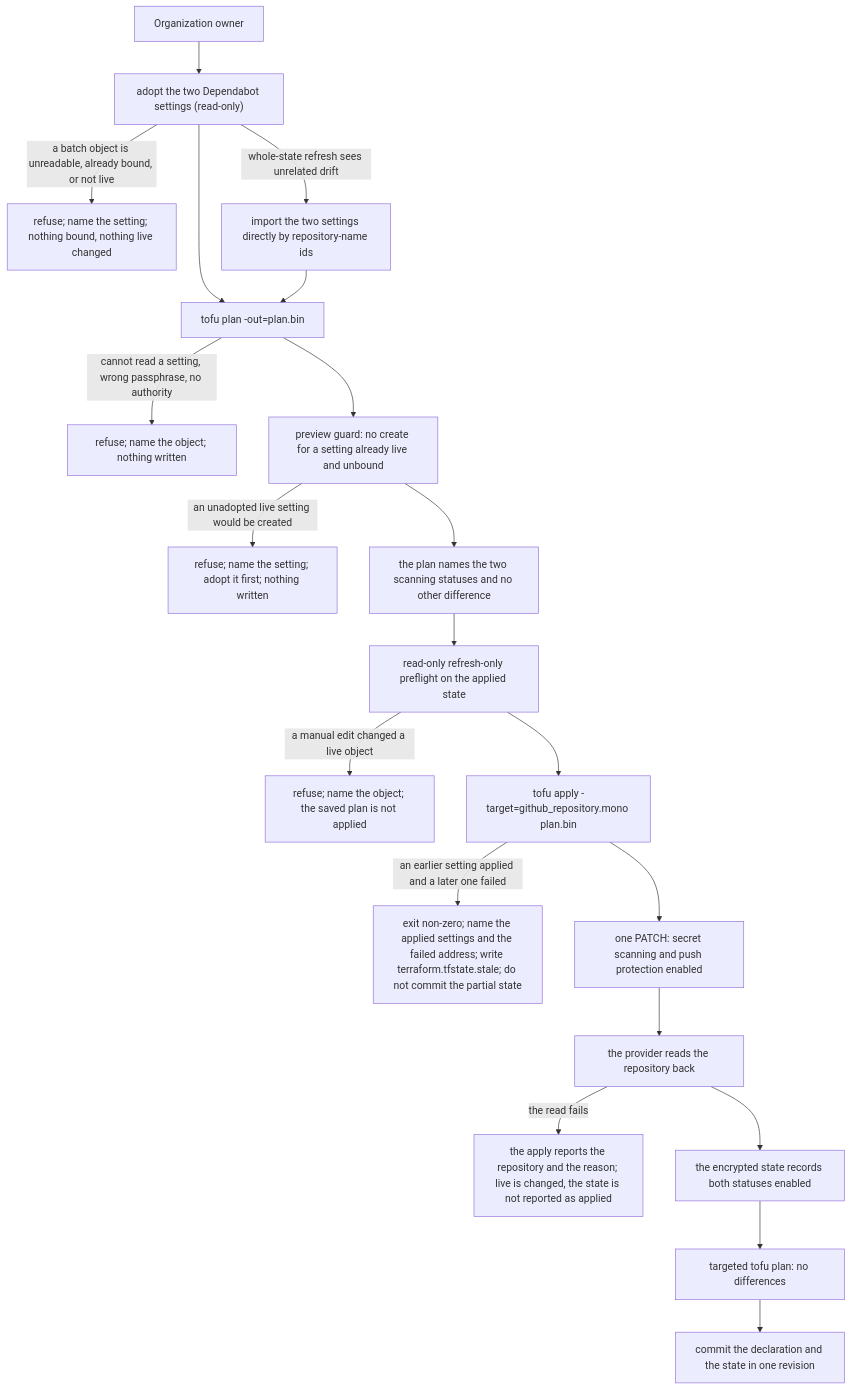
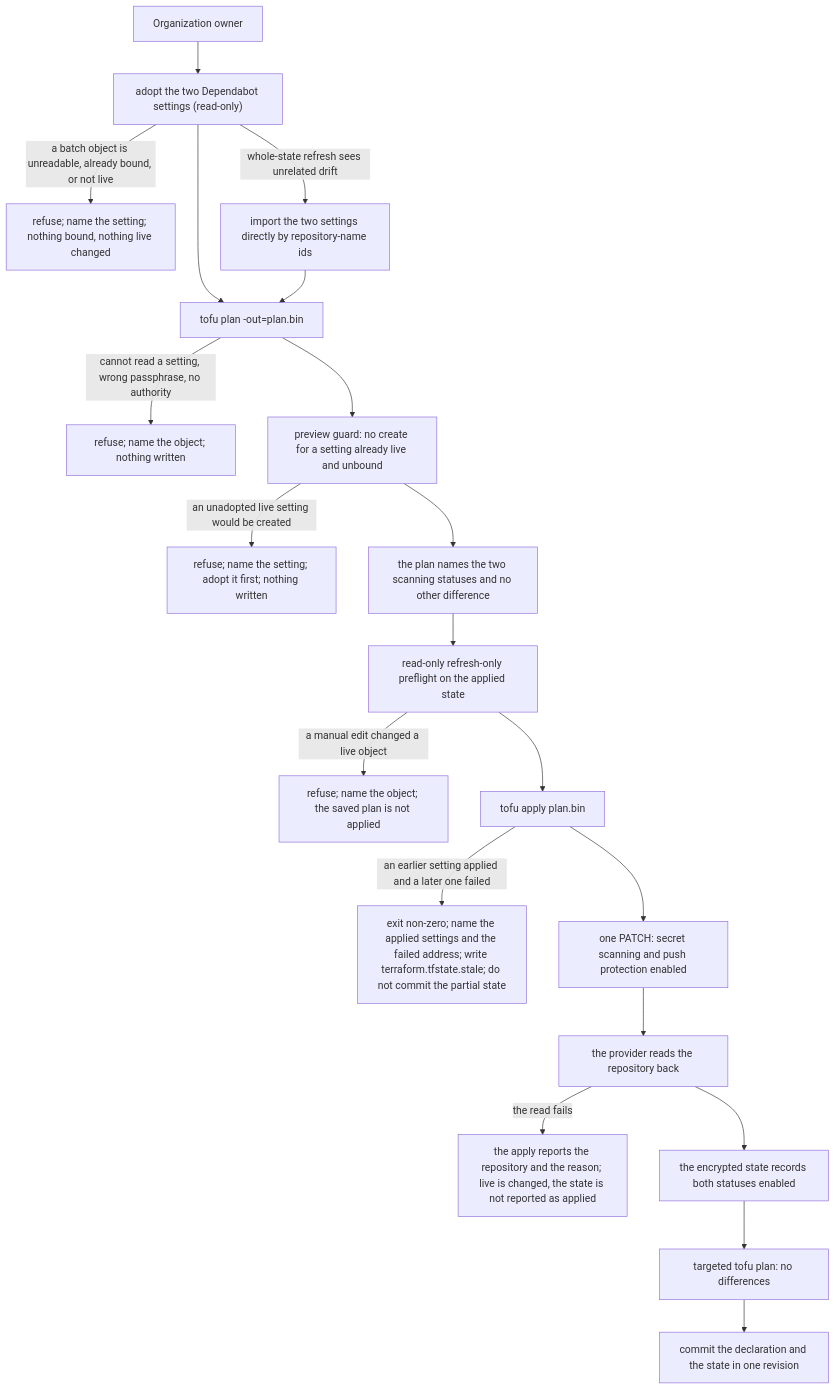
The eighth of 8 diagrams in docs/arc42/06-runtime-view.md (duty2cal/duty2cal), drawn with Mermaid before and after one commit. The commit also changed other lines of this file and 11 other files, not shown here.

````diff
--- a/docs/arc42/06-runtime-view.md
+++ b/docs/arc42/06-runtime-view.md
@@ -209,22 +209,22 @@
 ```mermaid
 flowchart TB
   owner["Organization owner"] --> adopt["adopt the two Dependabot settings (read-only)"]
   adopt -->|"a batch object is unreadable, already bound, or not live"| stopnone["refuse; name the setting; nothing bound, nothing live changed"]
   adopt -->|"whole-state refresh sees unrelated drift"| direct["import the two settings directly by repository-name ids"]
   adopt --> plan["tofu plan -out=plan.bin"]
   direct --> plan
   plan -->|"cannot read a setting, wrong passphrase, no authority"| stopnone2["refuse; name the object; nothing written"]
   plan --> guard["preview guard: no create for a setting already live and unbound"]
   guard -->|"an unadopted live setting would be created"| stopguard["refuse; name the setting; adopt it first; nothing written"]
   guard --> read["the plan names the two scanning statuses and no other difference"]
   read --> preflight["read-only refresh-only preflight on the applied state"]
   preflight -->|"a manual edit changed a live object"| stophange["refuse; name the object; the saved plan is not applied"]
-  preflight --> apply["tofu apply -target=github_repository.mono plan.bin"]
+  preflight --> apply["tofu apply plan.bin"]
   apply -->|"an earlier setting applied and a later one failed"| partial["exit non-zero; name the applied settings and the failed address; write terraform.tfstate.stale; do not commit the partial state"]
   apply --> patch["one PATCH: secret scanning and push protection enabled"]
   patch --> back["the provider reads the repository back"]
   back -->|"the read fails"| err["the apply reports the repository and the reason; live is changed, the state is not reported as applied"]
   back --> recorded["the encrypted state records both statuses enabled"]
   recorded --> again["targeted tofu plan: no differences"]
   again --> commit["commit the declaration and the state in one revision"]
 ```
````
